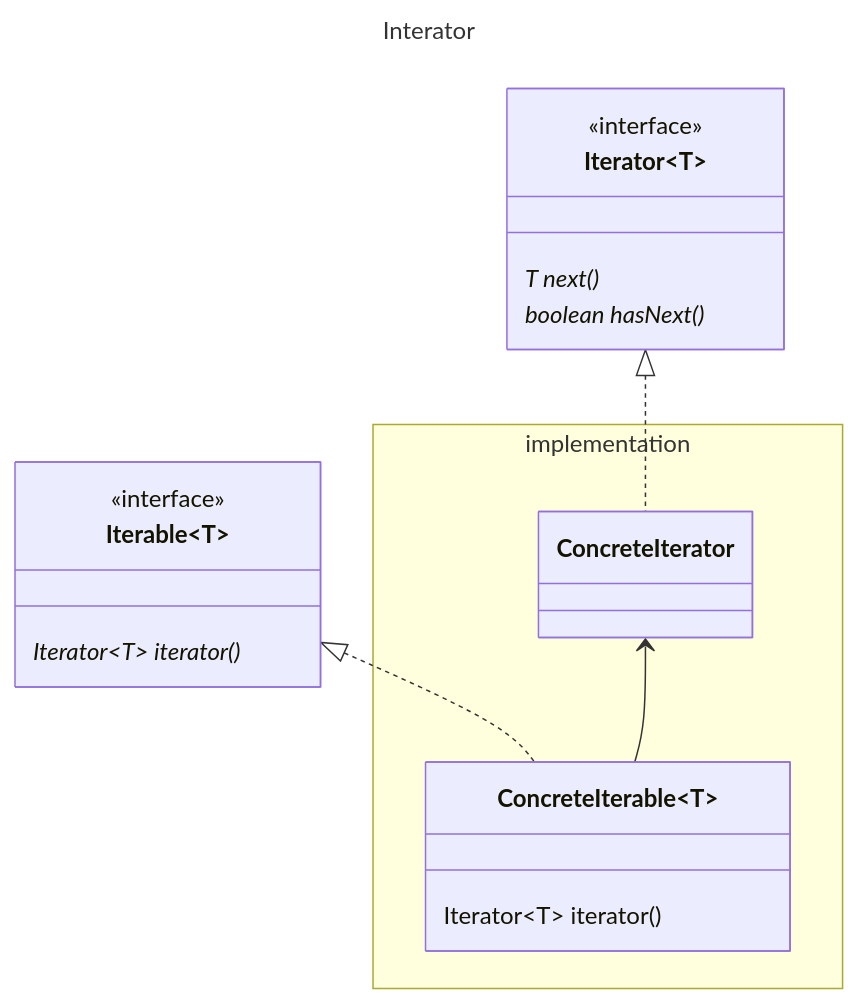
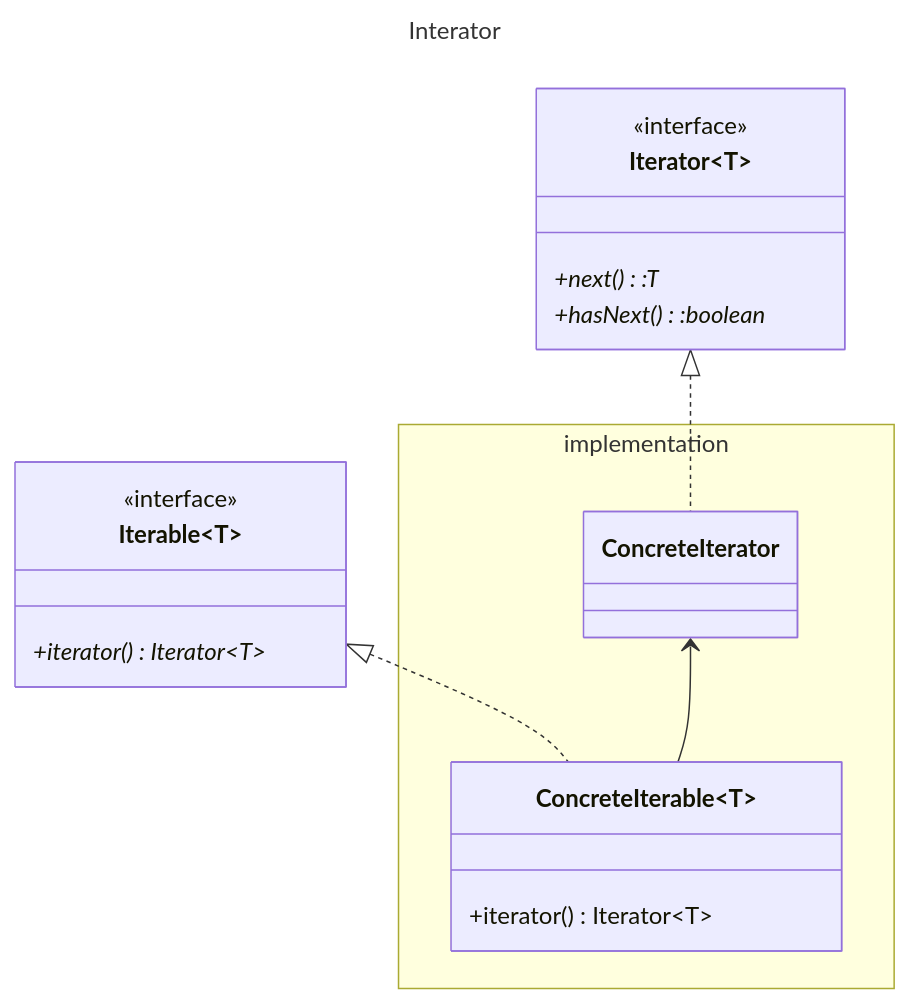
One commit to mtrigueira/JGoF changed the diagram in src/main/java/org/example/gof/behaviour/iterator/Iterator.md. Above: the diagram before and after it, drawn with Mermaid. The commit also changed other lines of this file and 24 other files, not shown here.

````diff
--- a/src/main/java/org/example/gof/behaviour/iterator/Iterator.md
+++ b/src/main/java/org/example/gof/behaviour/iterator/Iterator.md
@@ -1,26 +1,26 @@
 ```mermaid
 ---
 title: Interator
 ---
 classDiagram
     class Iterable~T~ {
         <<interface>>
-        Iterator~T~ iterator()*
+        +iterator() Iterator~T~*
     }
     class Iterator~T~ {
         <<interface>>
-        T next()*
-        boolean hasNext()*
+        +next():T*
+        +hasNext():boolean*
     }
     namespace implementation {
         class ConcreteIterable~T~ {
-            Iterator~T~ iterator()
+            +iterator() Iterator~T~
         }
         class ConcreteIterator {
         }
     }
 
     Iterable <|.. ConcreteIterable
     Iterator <|.. ConcreteIterator
     ConcreteIterator <-- ConcreteIterable
 ```
````
